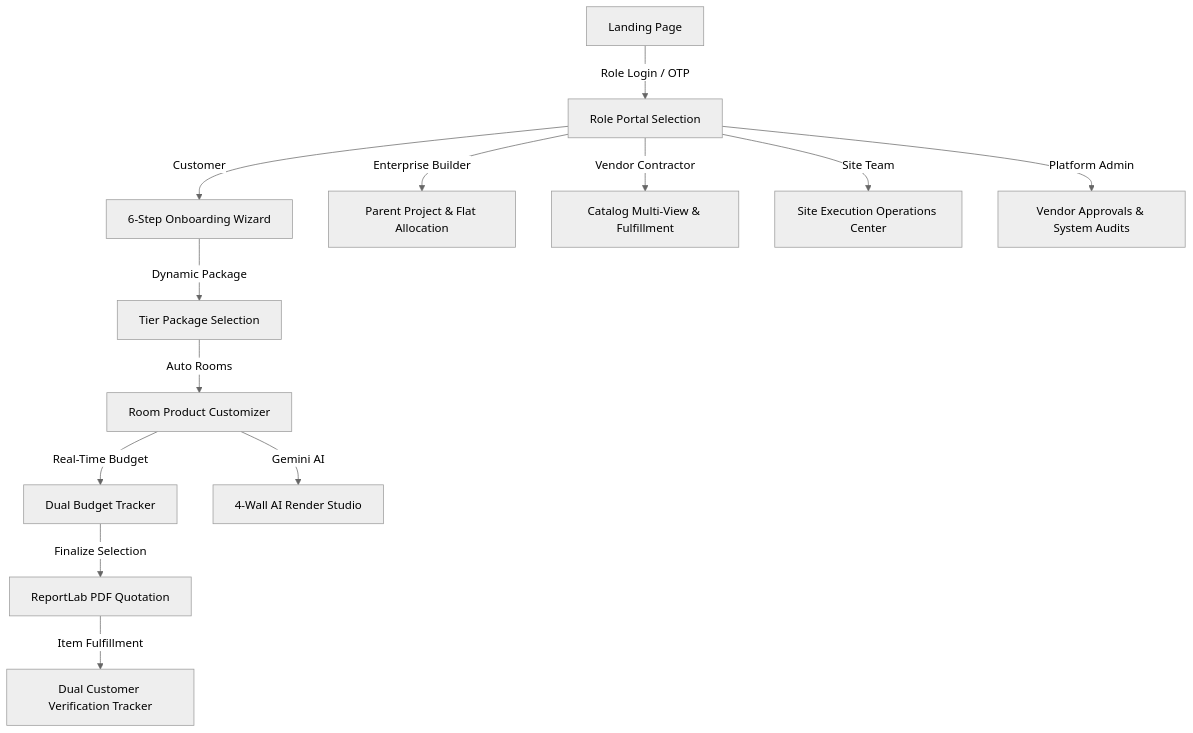
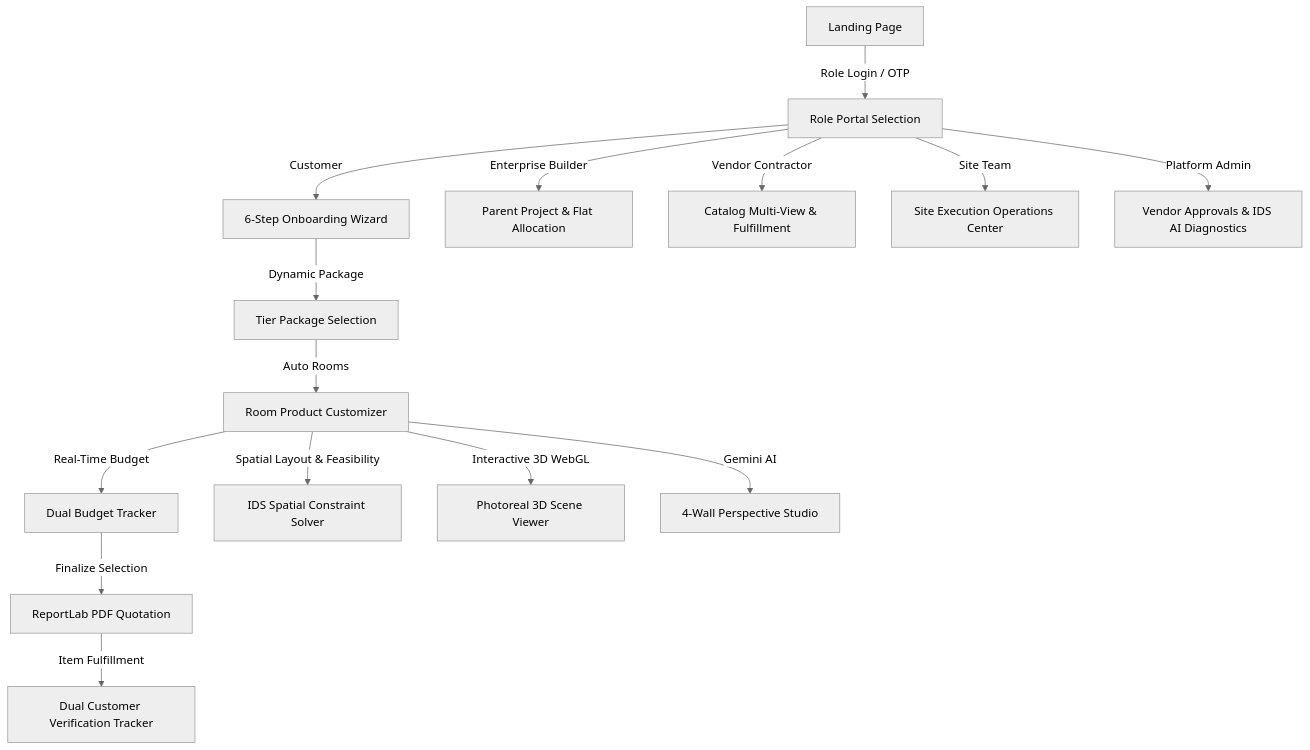
One commit to Vedant-Raju-Borker-2005/Interior_Design changed the diagram in README.md. Above: the diagram before and after it, drawn with Mermaid (neutral theme). The commit also changed other lines of this file, not shown here.

````diff
--- a/README.md
+++ b/README.md
@@ -154,16 +205,21 @@
 ```mermaid
 graph TD
     A[Landing Page] -->|Role Login / OTP| B[Role Portal Selection]
+    
+    %% B2C Customer Flow
     B -->|Customer| C[6-Step Onboarding Wizard]
     C -->|Dynamic Package| D[Tier Package Selection]
     D -->|Auto Rooms| E[Room Product Customizer]
     E -->|Real-Time Budget| F[Dual Budget Tracker]
-    E -->|Gemini AI| G[4-Wall AI Render Studio]
-    F -->|Finalize Selection| H[ReportLab PDF Quotation]
-    H -->|Item Fulfillment| I[Dual Customer Verification Tracker]
+    E -->|Spatial Layout & Feasibility| G[IDS Spatial Constraint Solver]
+    E -->|Interactive 3D WebGL| H[Photoreal 3D Scene Viewer]
+    E -->|Gemini AI| I[4-Wall Perspective Studio]
+    F -->|Finalize Selection| J[ReportLab PDF Quotation]
+    J -->|Item Fulfillment| K[Dual Customer Verification Tracker]
     
-    B -->|Enterprise Builder| J[Parent Project & Flat Allocation]
-    B -->|Vendor Contractor| K[Catalog Multi-View & Fulfillment]
-    B -->|Site Team| L[Site Execution Operations Center]
-    B -->|Platform Admin| M[Vendor Approvals & System Audits]
+    %% Other Stakeholders
+    B -->|Enterprise Builder| L[Parent Project & Flat Allocation]
+    B -->|Vendor Contractor| M[Catalog Multi-View & Fulfillment]
+    B -->|Site Team| N[Site Execution Operations Center]
+    B -->|Platform Admin| O[Vendor Approvals & IDS AI Diagnostics]
 ```
````
